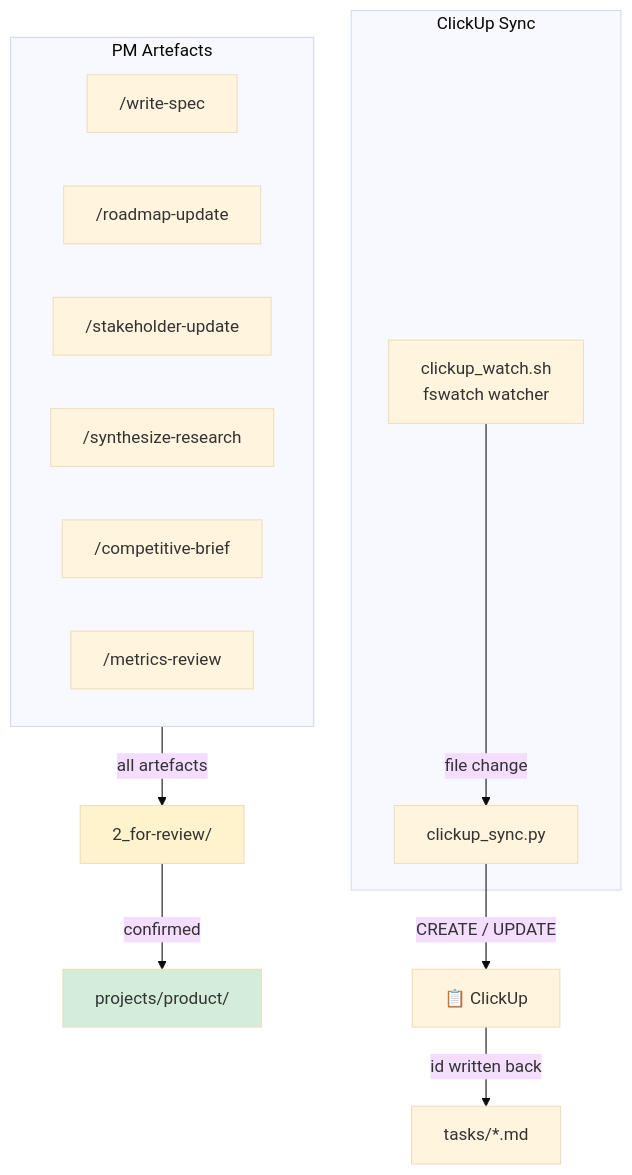
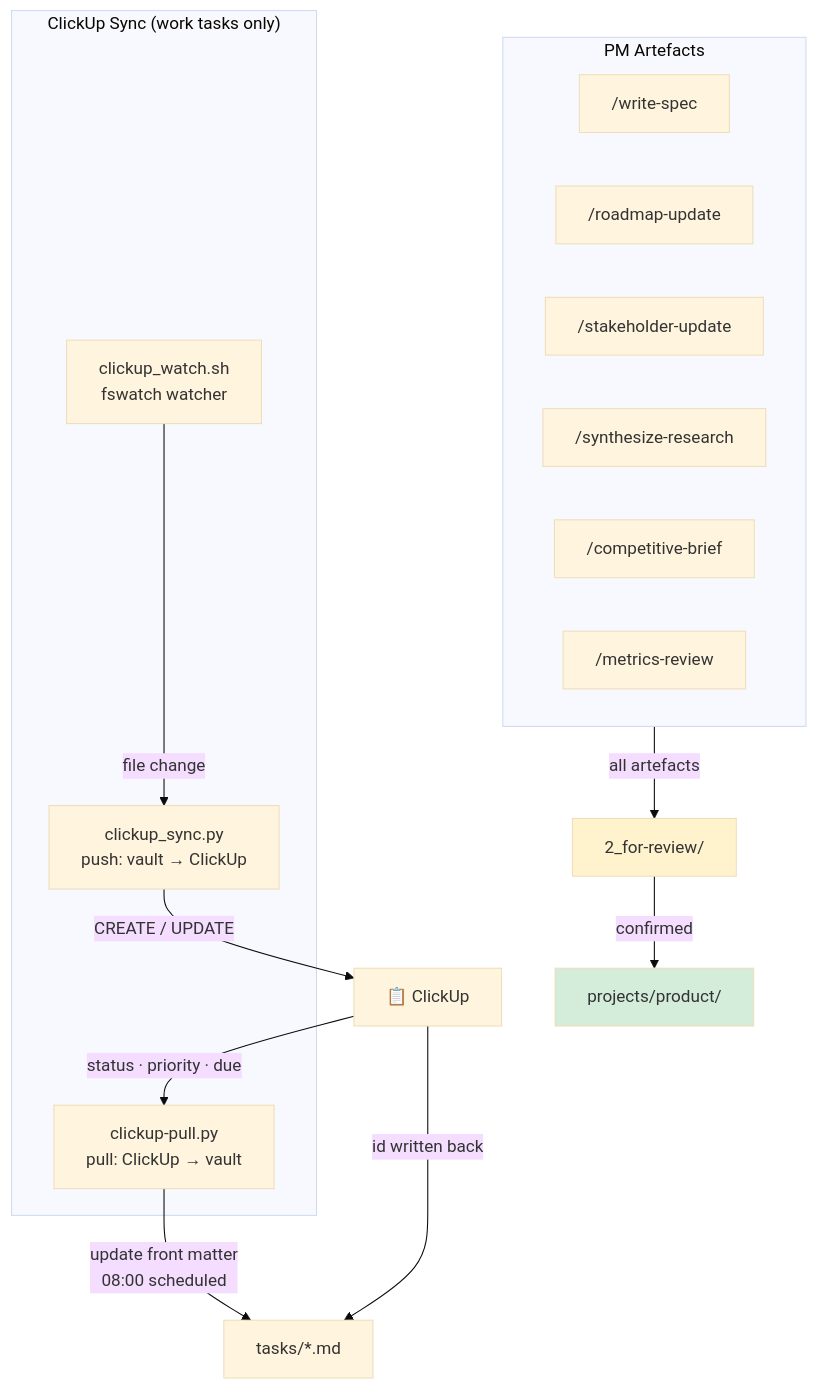
One commit to oguzhanerr/giga-itu-workspace changed the third of 6 diagrams in README.md. Above: the diagram before and after it, drawn with Mermaid (base theme). The commit also changed other lines of this file and 3 other files, not shown here.

First line of the commit message:
Add two-way ClickUp sync (pull script) and remove hardcoded IDs

````diff
--- a/README.md
+++ b/README.md
@@ -93,25 +93,28 @@
 ```mermaid
 graph TB
     subgraph ART["PM Artefacts"]
         WS["/write-spec"]
         RU["/roadmap-update"]
         SU["/stakeholder-update"]
         SR["/synthesize-research"]
         CB["/competitive-brief"]
         MR["/metrics-review"]
     end
 
-    subgraph CUS["ClickUp Sync"]
+    subgraph CUS["ClickUp Sync (work tasks only)"]
         FW["clickup_watch.sh<br/>fswatch watcher"]
-        CS["clickup_sync.py"]
+        CS["clickup_sync.py<br/>push: vault → ClickUp"]
+        CP["clickup-pull.py<br/>pull: ClickUp → vault"]
     end
 
     ART -->|"all artefacts"| REV["2_for-review/"]
     REV -->|"confirmed"| PROJ["projects/product/"]
     FW -->|"file change"| CS
     CS -->|"CREATE / UPDATE"| CU["📋 ClickUp"]
     CU -->|"id written back"| TSK["tasks/*.md"]
+    CU -->|"status · priority · due"| CP
+    CP -->|"update front matter<br/>08:00 scheduled"| TSK
 
     style REV fill:#fff3cd
     style PROJ fill:#d4edda
 ```
````
